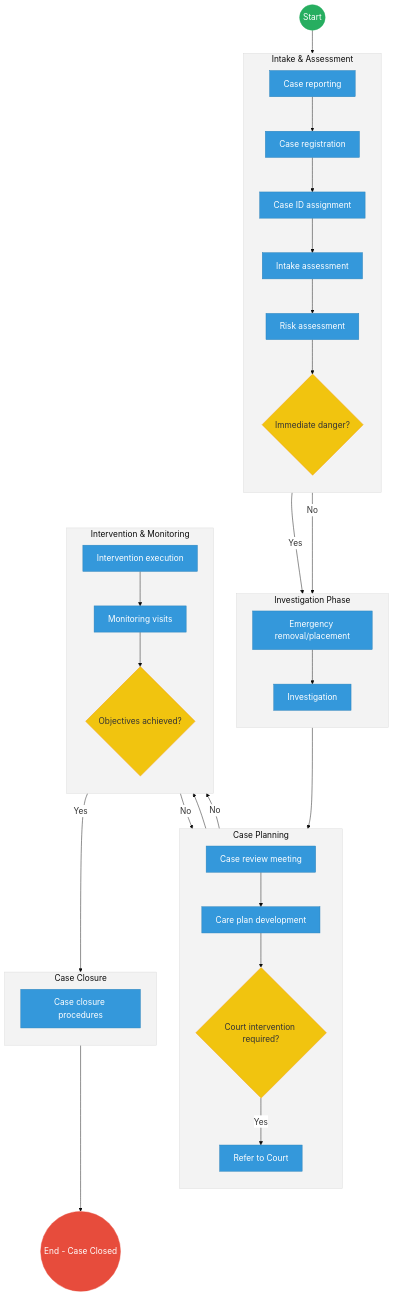
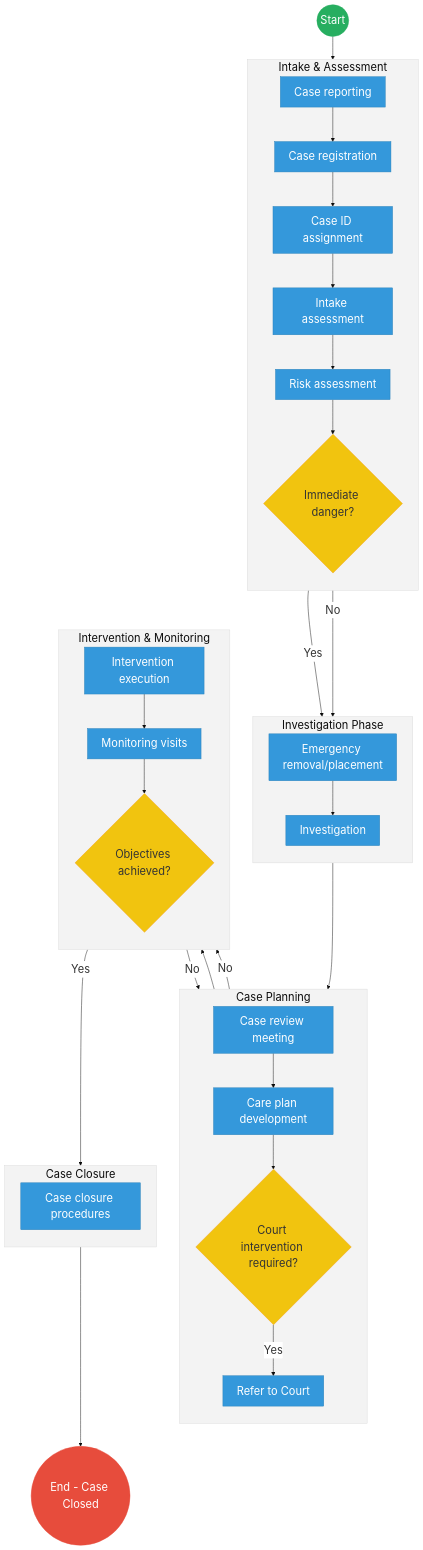
Before and after one commit to BITZ-IT-Consulting-LTD/ictapoc: the first of 2 diagrams in mdas/docs_final/priority_mdas/State_Department_for_Children_Services___Service_Delivery.md, drawn with Mermaid. The commit also changed other lines of this file and 196 other files, not shown here.

````diff
--- a/mdas/docs_final/priority_mdas/State_Department_for_Children_Services___Service_Delivery.md
+++ b/mdas/docs_final/priority_mdas/State_Department_for_Children_Services___Service_Delivery.md
@@ -24,82 +24,82 @@
 ```mermaid
-%%{init: { 'theme': 'base', 'themeVariables': { 'fontSize': '18px', 'fontFamily': 'Inter, system-ui, sans-serif', 'primaryColor': '#ffffff', 'edgeLabelBackground':'#ffffff', 'tertiaryColor': '#f3f3f3', 'mainBkg': '#ffffff', 'nodeBorder': '#333333' } } }%%
+%%{init: { 'theme': 'base', 'themeVariables': { 'fontSize': '24px', 'fontFamily': 'Inter, system-ui, sans-serif', 'primaryColor': '#ffffff', 'edgeLabelBackground':'#ffffff', 'tertiaryColor': '#f3f3f3', 'mainBkg': '#ffffff', 'nodeBorder': '#333333' } } }%%
 flowchart TD
     %% Events
     Start((Start))
     EndProcess(("End - Case Closed"))
 
     subgraph CaseIntake["Intake & Assessment"]
         direction TB
         Report["Case reporting"]
         Reg["Case registration"]
         AssignID["Case ID assignment"]
         IntakeAss["Intake assessment"]
         RiskAss["Risk assessment"]
         RiskGateway{"Immediate danger?"}
     end
 
     subgraph Investigation["Investigation Phase"]
         direction TB
         Investigate[Investigation]
         EmergRem["Emergency removal/placement"]
     end
 
     subgraph CasePlanning["Case Planning"]
         direction TB
         RevMeet["Case review meeting"]
         CarePlan["Care plan development"]
         CourtGateway{"Court intervention required?"}
         CourtRef["Refer to Court"]
     end
 
     subgraph Implementation["Intervention & Monitoring"]
         direction TB
         Intervene["Intervention execution"]
         Monitor["Monitoring visits"]
         MetGateway{"Objectives achieved?"}
     end
 
     subgraph Closure["Case Closure"]
         direction TB
         CloseProc["Case closure procedures"]
     end
 
     %% Flow connections
     Start --> Report
     Report --> Reg
     Reg --> AssignID
     AssignID --> IntakeAss
     IntakeAss --> RiskAss
     RiskAss --> RiskGateway
     
     RiskGateway -- "Yes" --> EmergRem
     EmergRem --> Investigate
     RiskGateway -- "No" --> Investigate
     
     Investigate --> RevMeet
     RevMeet --> CarePlan
     CarePlan --> CourtGateway
     
     CourtGateway -- "Yes" --> CourtRef
     CourtRef --> Intervene
     CourtGateway -- "No" --> Intervene
     
     Intervene --> Monitor
     Monitor --> MetGateway
     
     MetGateway -- "No" --> CarePlan
     MetGateway -- "Yes" --> CloseProc
     
     CloseProc --> EndProcess
 
     %% Styling
-    classDef startEvent fill:#27ae60,stroke:#27ae60,color:#fff;
-    classDef endEvent fill:#e74c3c,stroke:#e74c3c,color:#fff;
-    classDef userTask fill:#3498db,stroke:#2980b9,color:#fff;
-    classDef gateway fill:#f1c40f,stroke:#f39c12,color:#333;
+    classDef startEvent fill:#27ae60,stroke:#27ae60,color:#fff,font-size:24px,font-size:24px;;
+    classDef endEvent fill:#e74c3c,stroke:#e74c3c,color:#fff,font-size:24px,font-size:24px;;
+    classDef userTask fill:#3498db,stroke:#2980b9,color:#fff,font-size:24px,font-size:24px;;
+    classDef gateway fill:#f1c40f,stroke:#f39c12,color:#333,font-size:24px,font-size:24px;;
     
     class Start startEvent;
     class EndProcess endEvent;
     class RiskGateway,CourtGateway,MetGateway gateway;
     class Report,Reg,AssignID,IntakeAss,RiskAss,Investigate,EmergRem,RevMeet,CarePlan,CourtRef,Intervene,Monitor,CloseProc userTask;
 ```
````
